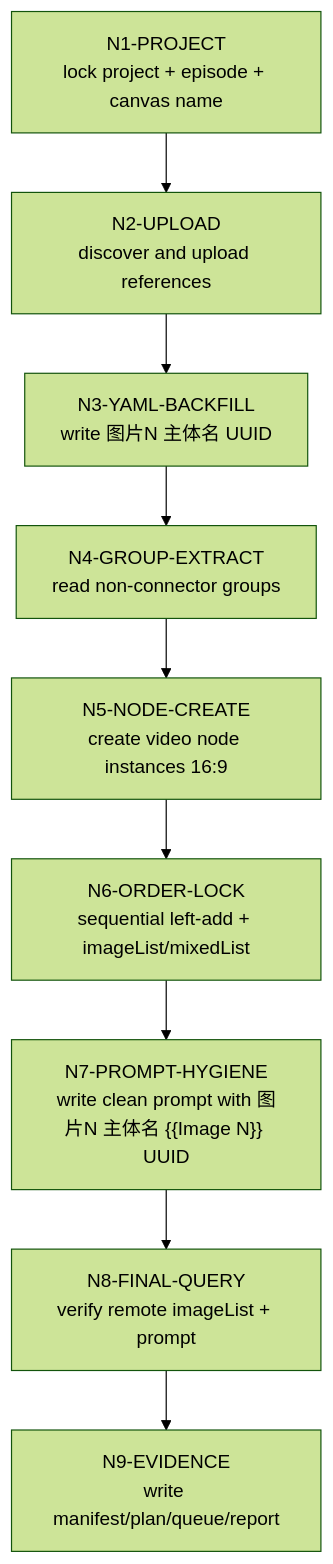
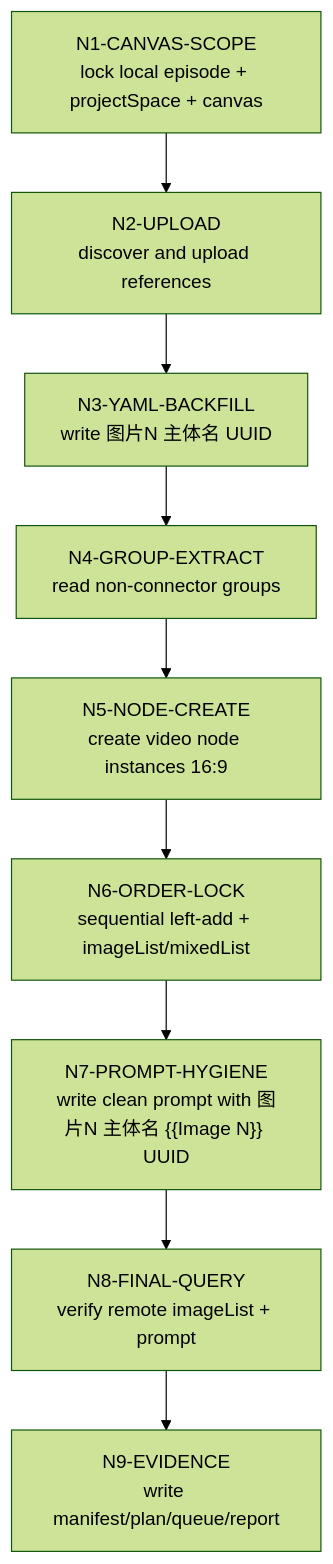
One commit to ZEN-VOID/AI-CUT changed the diagram in .agents/skills/aigc/13-画布/libTV画布流/steps/canvas-control-workflow.md. Above: the diagram before and after it, drawn with Mermaid (forest theme). The commit also changed other lines of this file and 83 other files, not shown here.

````diff
--- a/.agents/skills/aigc/13-画布/libTV画布流/steps/canvas-control-workflow.md
+++ b/.agents/skills/aigc/13-画布/libTV画布流/steps/canvas-control-workflow.md
@@ -3,11 +3,11 @@
 ```mermaid
 flowchart TD
-    N1["N1-PROJECT<br/>lock project + episode + canvas name"] --> N2["N2-UPLOAD<br/>discover and upload references"]
+    N1["N1-CANVAS-SCOPE<br/>lock local episode + projectSpace + canvas"] --> N2["N2-UPLOAD<br/>discover and upload references"]
     N2 --> N3["N3-YAML-BACKFILL<br/>write 图片N 主体名 UUID"]
     N3 --> N4["N4-GROUP-EXTRACT<br/>read non-connector groups"]
     N4 --> N5["N5-NODE-CREATE<br/>create video node instances 16:9"]
     N5 --> N6["N6-ORDER-LOCK<br/>sequential left-add + imageList/mixedList"]
     N6 --> N7["N7-PROMPT-HYGIENE<br/>write clean prompt with 图片N 主体名 {{Image N}} UUID"]
     N7 --> N8["N8-FINAL-QUERY<br/>verify remote imageList + prompt"]
     N8 --> N9["N9-EVIDENCE<br/>write manifest/plan/queue/report"]
 ```
````
